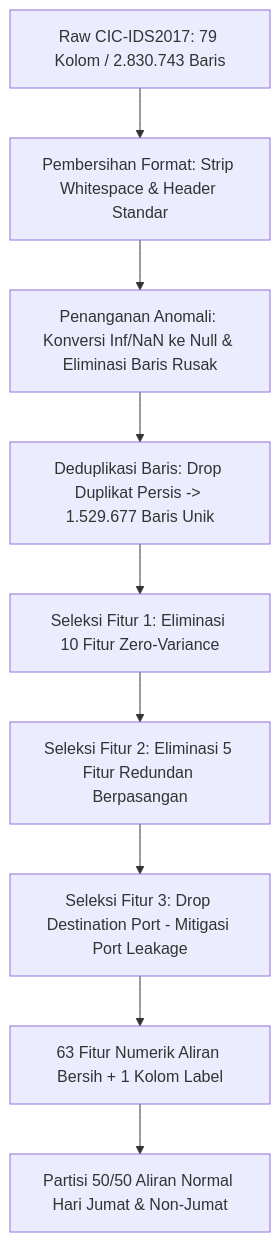
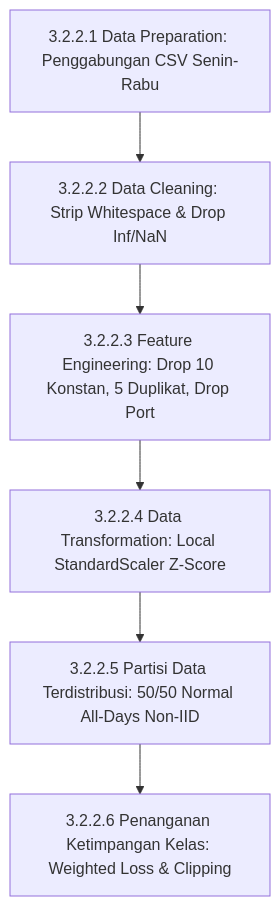
One commit to rhaffle87/brief-thesis changed the fourth of 7 diagrams in Penulisan/Bab-3-Metodologi-Penelitian.md. Above: the diagram before and after it, drawn with Mermaid. The commit also changed other lines of this file and 2 other files, not shown here.

````diff
--- a/Penulisan/Bab-3-Metodologi-Penelitian.md
+++ b/Penulisan/Bab-3-Metodologi-Penelitian.md
@@ -69,11 +74,8 @@
 ```mermaid
 flowchart TD
-    R[Raw CIC-IDS2017: 79 Kolom / 2.830.743 Baris] --> C1[Pembersihan Format: Strip Whitespace & Header Standar]
-    C1 --> C2[Penanganan Anomali: Konversi Inf/NaN ke Null & Eliminasi Baris Rusak]
-    C2 --> C3[Deduplikasi Baris: Drop Duplikat Persis -> 1.529.677 Baris Unik]
-    C3 --> F1[Seleksi Fitur 1: Eliminasi 10 Fitur Zero-Variance]
-    F1 --> F2[Seleksi Fitur 2: Eliminasi 5 Fitur Redundan Berpasangan]
-    F2 --> F3[Seleksi Fitur 3: Drop Destination Port - Mitigasi Port Leakage]
-    F3 --> OUT[63 Fitur Numerik Aliran Bersih + 1 Kolom Label]
-    OUT --> SPLIT[Partisi 50/50 Aliran Normal Hari Jumat & Non-Jumat]
+    P1[3.2.2.1 Data Preparation: Penggabungan CSV Senin-Rabu] --> P2[3.2.2.2 Data Cleaning: Strip Whitespace & Drop Inf/NaN]
+    P2 --> P3[3.2.2.3 Feature Engineering: Drop 10 Konstan, 5 Duplikat, Drop Port]
+    P3 --> P4[3.2.2.4 Data Transformation: Local StandardScaler Z-Score]
+    P4 --> P5[3.2.2.5 Partisi Data Terdistribusi: 50/50 Normal All-Days Non-IID]
+    P5 --> P6[3.2.2.6 Penanganan Ketimpangan Kelas: Weighted Loss & Clipping]
 ```
````
